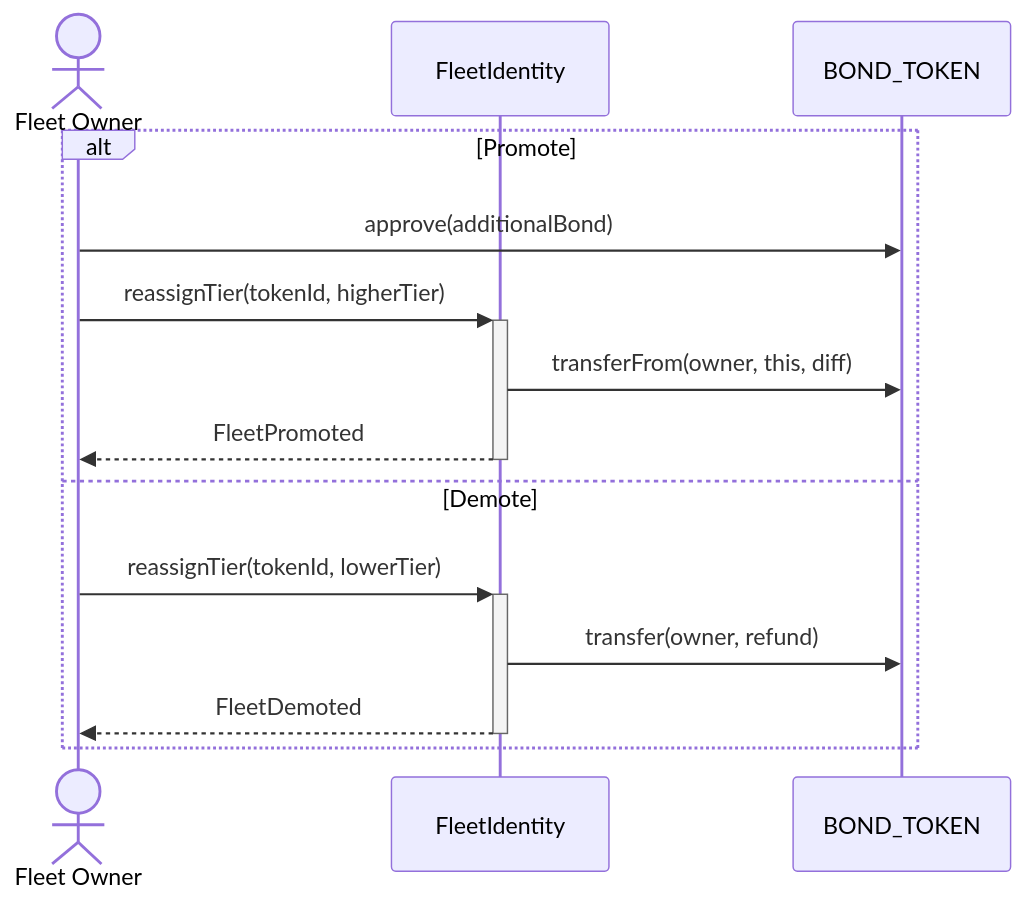
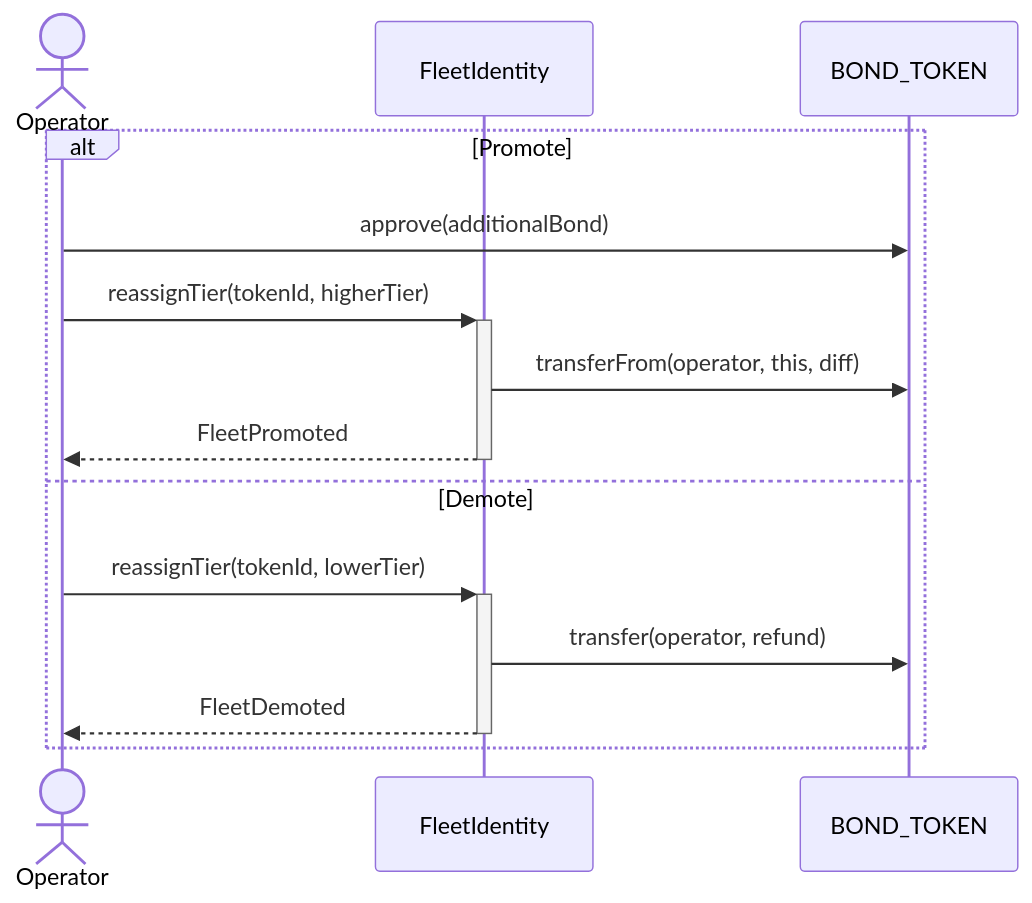
The third of 4 diagrams in src/swarms/doc/fleet-registration.md (NodleCode/rollup), drawn with Mermaid before and after one commit. The commit also changed other lines of this file and 7 other files, not shown here.

````diff
--- a/src/swarms/doc/fleet-registration.md
+++ b/src/swarms/doc/fleet-registration.md
@@ -177,17 +181,17 @@
 ```mermaid
 sequenceDiagram
-    actor FO as Fleet Owner
+    actor OP as Operator
     participant FI as FleetIdentity
     participant TOKEN as BOND_TOKEN
 
     alt Promote
-        FO->>TOKEN: approve(additionalBond)
-        FO->>+FI: reassignTier(tokenId, higherTier)
-        FI->>TOKEN: transferFrom(owner, this, diff)
-        FI-->>-FO: FleetPromoted
+        OP->>TOKEN: approve(additionalBond)
+        OP->>+FI: reassignTier(tokenId, higherTier)
+        FI->>TOKEN: transferFrom(operator, this, diff)
+        FI-->>-OP: FleetPromoted
     else Demote
-        FO->>+FI: reassignTier(tokenId, lowerTier)
-        FI->>TOKEN: transfer(owner, refund)
-        FI-->>-FO: FleetDemoted
+        OP->>+FI: reassignTier(tokenId, lowerTier)
+        FI->>TOKEN: transfer(operator, refund)
+        FI-->>-OP: FleetDemoted
     end
 ```
````
